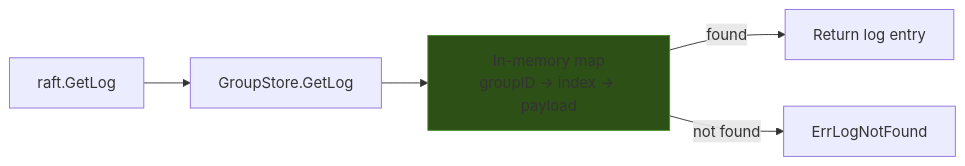
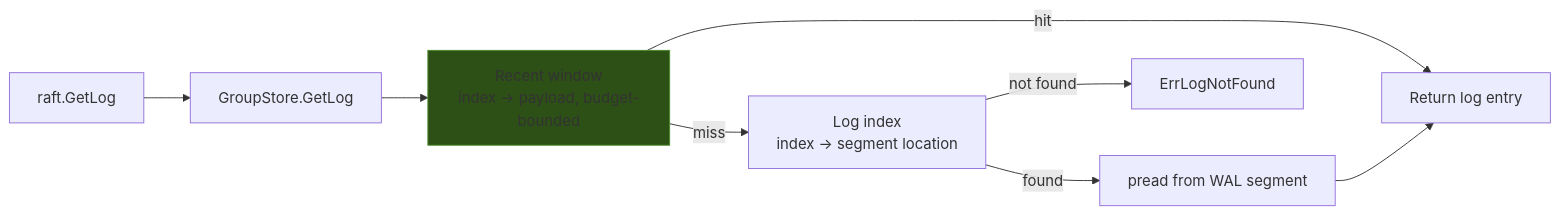
Before and after one commit to kluzzebass/gastrolog: the second of 6 diagrams in backend/internal/raftwal/README.md, drawn with Mermaid. The commit also changed other lines of this file and 7 other files, not shown here.

First line of the commit message:
feat(raftwal): batched StoreLogs record and recent-window heap retention (gastrolog-53lk2)

````diff
--- a/backend/internal/raftwal/README.md
+++ b/backend/internal/raftwal/README.md
@@ -80,9 +82,12 @@
 ```mermaid
 flowchart LR
     R[raft.GetLog] --> GS[GroupStore.GetLog]
-    GS --> MEM[In-memory map<br/>groupID → index → payload]
-    MEM --> |found| RET[Return log entry]
-    MEM --> |not found| ERR[ErrLogNotFound]
+    GS --> WIN[Recent window<br/>index → payload, budget-bounded]
+    WIN --> |hit| RET[Return log entry]
+    WIN --> |miss| IDX[Log index<br/>index → segment location]
+    IDX --> |found| PREAD[pread from WAL segment]
+    PREAD --> RET
+    IDX --> |not found| ERR[ErrLogNotFound]
 
-    style MEM fill:#2d5016,stroke:#4a8c28
+    style WIN fill:#2d5016,stroke:#4a8c28
 ```
````
